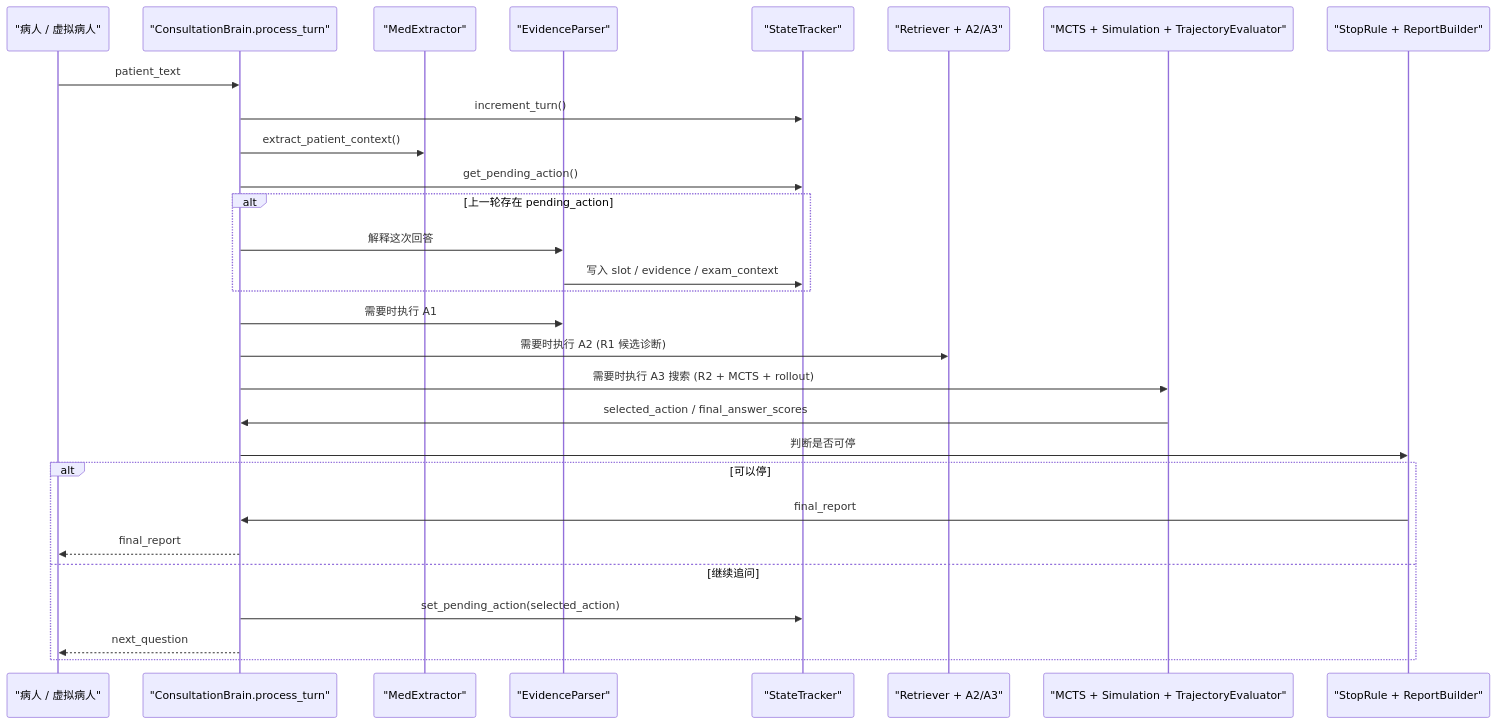
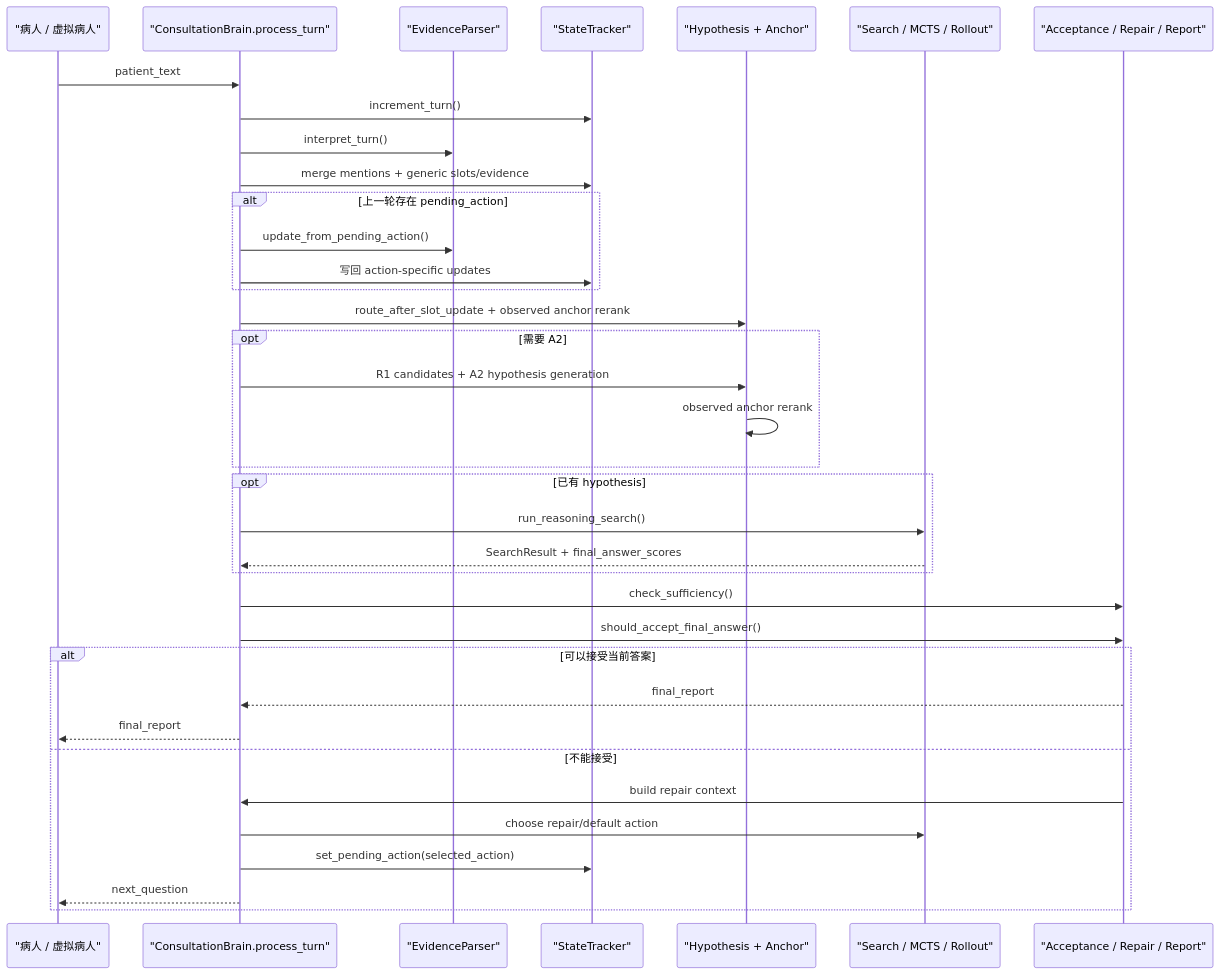
The diagram in docs/brain_runtime_call_chain_guide.md (maken-jhd/medical-inquiry-system), drawn with Mermaid before and after one commit. The commit also changed other lines of this file and 11 other files, not shown here.

````diff
--- a/docs/brain_runtime_call_chain_guide.md
+++ b/docs/brain_runtime_call_chain_guide.md
@@ -158,32 +198,39 @@
 ```mermaid
 sequenceDiagram
     participant U as "病人 / 虚拟病人"
     participant B as "ConsultationBrain.process_turn"
-    participant M as "MedExtractor"
     participant E as "EvidenceParser"
     participant S as "StateTracker"
-    participant R as "Retriever + A2/A3"
-    participant T as "MCTS + Simulation + TrajectoryEvaluator"
-    participant G as "StopRule + ReportBuilder"
+    participant H as "Hypothesis + Anchor"
+    participant T as "Search / MCTS / Rollout"
+    participant G as "Acceptance / Repair / Report"
 
     U->>B: patient_text
     B->>S: increment_turn()
-    B->>M: extract_patient_context()
-    B->>S: get_pending_action()
+    B->>E: interpret_turn()
+    B->>S: merge mentions + generic slots/evidence
     alt 上一轮存在 pending_action
-        B->>E: 解释这次回答
-        E->>S: 写入 slot / evidence / exam_context
+        B->>E: update_from_pending_action()
+        B->>S: 写回 action-specific updates
     end
-    B->>E: 需要时执行 A1
-    B->>R: 需要时执行 A2 (R1 候选诊断)
-    B->>T: 需要时执行 A3 搜索 (R2 + MCTS + rollout)
-    T->>B: selected_action / final_answer_scores
-    B->>G: 判断是否可停
-    alt 可以停
-        G->>B: final_report
+    B->>H: route_after_slot_update + observed anchor rerank
+    opt 需要 A2
+        B->>H: R1 candidates + A2 hypothesis generation
+        H->>H: observed anchor rerank
+    end
+    opt 已有 hypothesis
+        B->>T: run_reasoning_search()
+        T-->>B: SearchResult + final_answer_scores
+    end
+    B->>G: check_sufficiency()
+    B->>G: should_accept_final_answer()
+    alt 可以接受当前答案
+        G-->>B: final_report
         B-->>U: final_report
-    else 继续追问
+    else 不能接受
+        G->>B: build repair context
+        B->>T: choose repair/default action
         B->>S: set_pending_action(selected_action)
         B-->>U: next_question
     end
 ```
````
